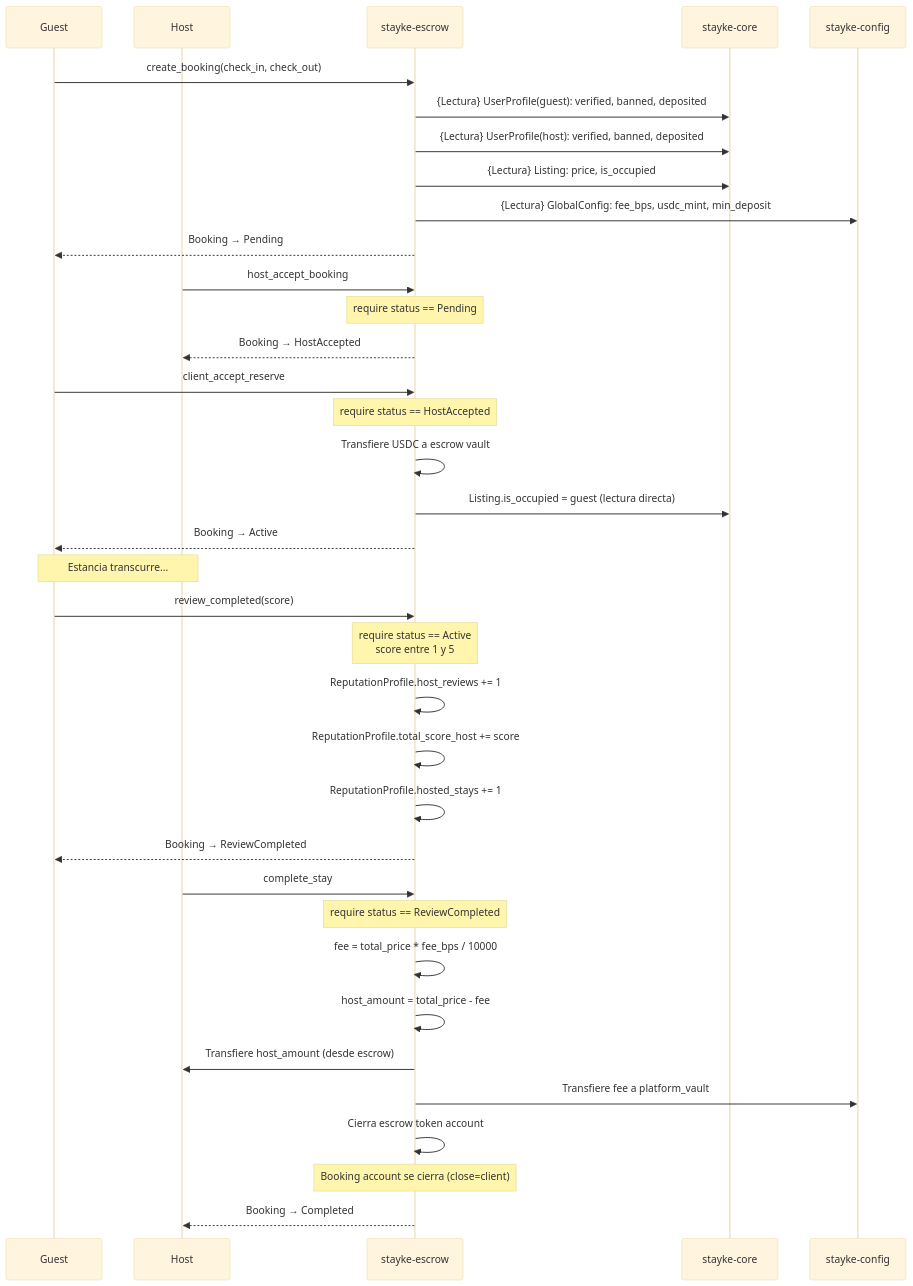
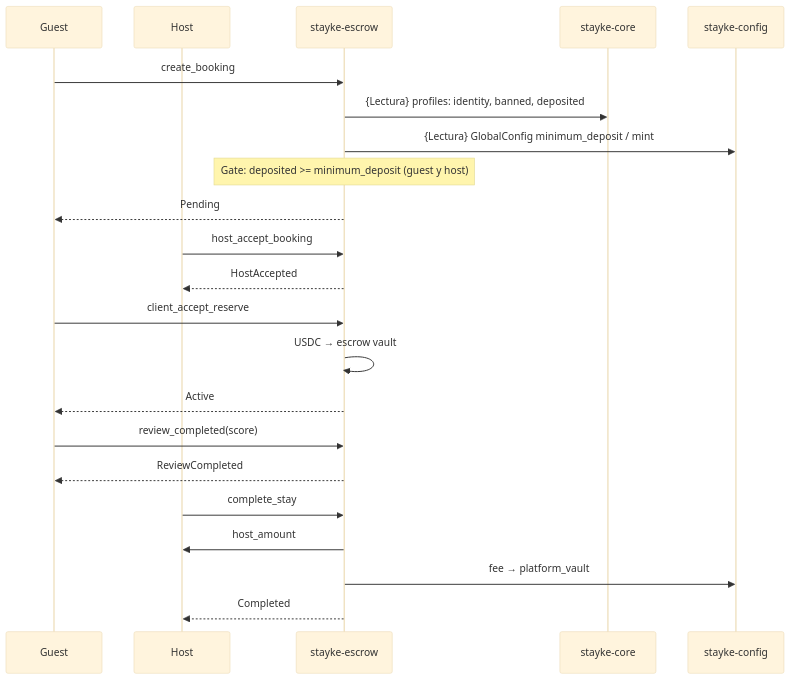
The third of 6 diagrams in docs/stayke-flow-diagram.md (GestLabs2-0/stayke-contracts), drawn with Mermaid (base theme) before and after one commit. The commit also changed other lines of this file and 9 other files, not shown here.

````diff
--- a/docs/stayke-flow-diagram.md
+++ b/docs/stayke-flow-diagram.md
@@ -119,44 +93,25 @@
 ```mermaid
 sequenceDiagram
     participant G as Guest
     participant H as Host
     participant E as stayke-escrow
     participant C as stayke-core
     participant CF as stayke-config
 
-    G->>E: create_booking(check_in, check_out)
-    E->>C: {Lectura} UserProfile(guest): verified, banned, deposited
-    E->>C: {Lectura} UserProfile(host): verified, banned, deposited
-    E->>C: {Lectura} Listing: price, is_occupied
-    E->>CF: {Lectura} GlobalConfig: fee_bps, usdc_mint, min_deposit
-    E-->>G: Booking → Pending
-
+    G->>E: create_booking
+    E->>C: {Lectura} profiles: identity, banned, deposited
+    E->>CF: {Lectura} GlobalConfig minimum_deposit / mint
+    Note over E: Gate: deposited >= minimum_deposit (guest y host)
+    E-->>G: Pending
     H->>E: host_accept_booking
-    Note over E: require status == Pending
-    E-->>H: Booking → HostAccepted
-
+    E-->>H: HostAccepted
     G->>E: client_accept_reserve
-    Note over E: require status == HostAccepted
-    E->>E: Transfiere USDC a escrow vault
-    E->>C: Listing.is_occupied = guest (lectura directa)
-    E-->>G: Booking → Active
-
-    Note over G,H: Estancia transcurre...
-
+    E->>E: USDC → escrow vault
+    E-->>G: Active
     G->>E: review_completed(score)
-    Note over E: require status == Active<br/>score entre 1 y 5
-    E->>E: ReputationProfile.host_reviews += 1
-    E->>E: ReputationProfile.total_score_host += score
-    E->>E: ReputationProfile.hosted_stays += 1
-    E-->>G: Booking → ReviewCompleted
-
+    E-->>G: ReviewCompleted
     H->>E: complete_stay
-    Note over E: require status == ReviewCompleted
-    E->>E: fee = total_price * fee_bps / 10000
-    E->>E: host_amount = total_price - fee
-    E->>H: Transfiere host_amount (desde escrow)
-    E->>CF: Transfiere fee a platform_vault
-    E->>E: Cierra escrow token account
-    Note over E: Booking account se cierra (close=client)
-    E-->>H: Booking → Completed
+    E->>H: host_amount
+    E->>CF: fee → platform_vault
+    E-->>H: Completed
 ```
````
